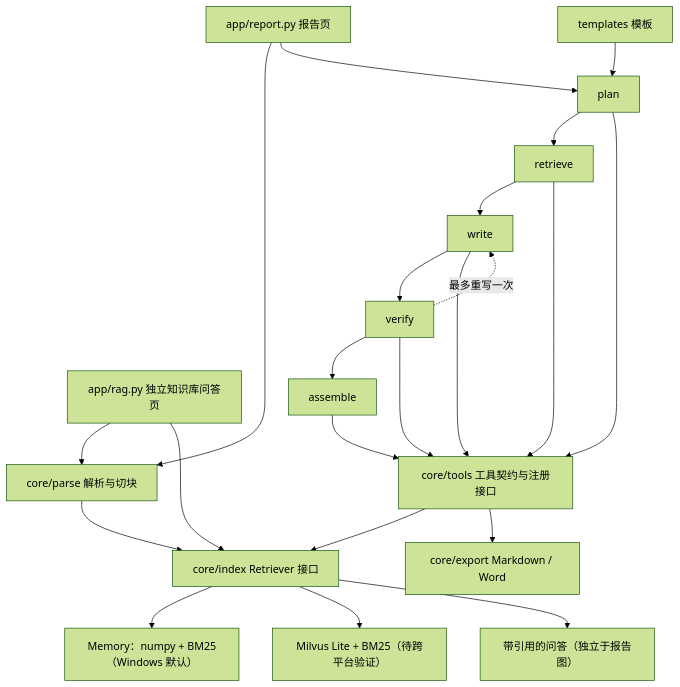
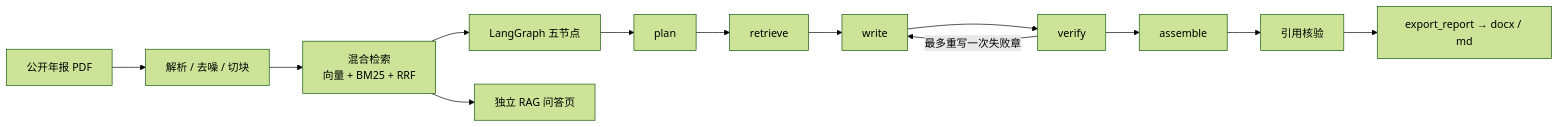
Before and after one commit to xjsaber/doc2report-agent: the diagram in README.md, drawn with Mermaid (forest theme). The commit also changed other lines of this file and 8 other files, not shown here.

First line of the commit message:
[e2e] 真实端到端实跑、README 作品化与截图；113 passed, 11 skipped

````diff
--- a/README.md
+++ b/README.md
@@ -20,24 +21,15 @@
 ```mermaid
-flowchart TD
-    Report["app/report.py 报告页"] --> Parse["core/parse 解析与切块"]
-    RAG["app/rag.py 独立知识库问答页"] --> Parse
-    Parse --> Index["core/index Retriever 接口"]
-    Index --> Memory["Memory：numpy + BM25（Windows 默认）"]
-    Index --> Milvus["Milvus Lite + BM25（待跨平台验证）"]
-    Report --> Plan["plan"]
-    Plan --> Retrieve["retrieve"]
-    Retrieve --> Write["write"]
-    Write --> Verify["verify"]
-    Verify --> Assemble["assemble"]
-    Verify -.最多重写一次.-> Write
-    Plan --> Tools["core/tools 工具契约与注册接口"]
-    Retrieve --> Tools
-    Write --> Tools
-    Verify --> Tools
-    Assemble --> Tools
-    Tools --> Index
-    Tools --> Export["core/export Markdown / Word"]
-    Templates["templates 模板"] --> Plan
-    RAG --> Index
-    Index --> Answer["带引用的问答（独立于报告图）"]
+flowchart LR
+    PDF[公开年报 PDF] --> Parse[解析 / 去噪 / 切块]
+    Parse --> Index[混合检索<br/>向量 + BM25 + RRF]
+    Index --> Graph[LangGraph 五节点]
+    Graph --> Plan[plan]
+    Plan --> Retrieve[retrieve]
+    Retrieve --> Write[write]
+    Write --> Verify[verify]
+    Verify -->|最多重写一次失败章| Write
+    Verify --> Assemble[assemble]
+    Assemble --> Check[引用核验]
+    Check --> Docx[export_report → docx / md]
+    Index --> QA[独立 RAG 问答页]
 ```
````
